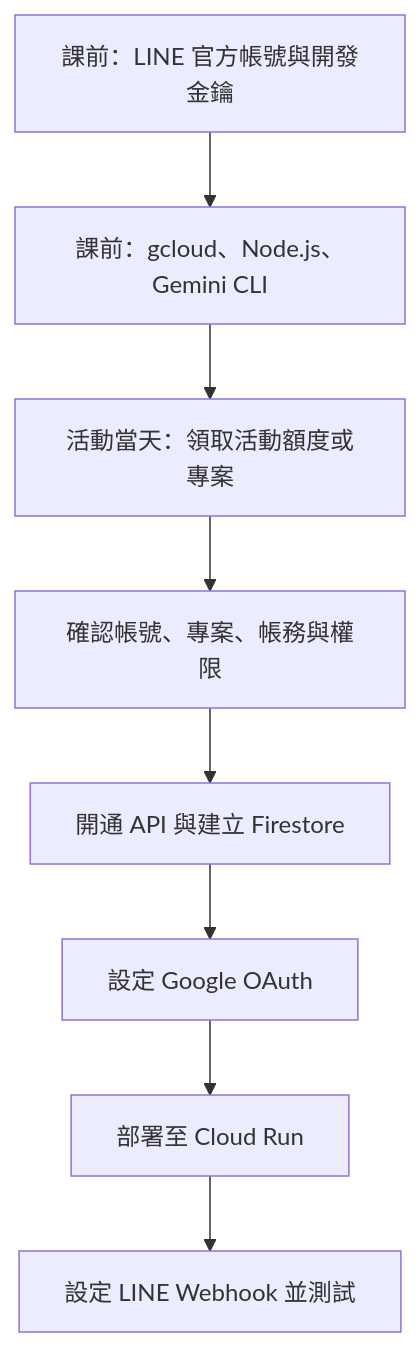
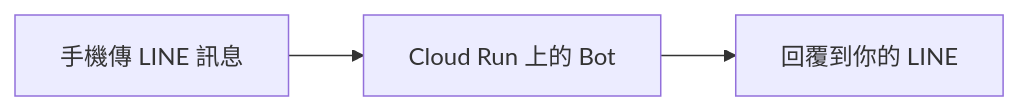
One commit to zonawang/line-bot-course changed the diagram in README.md. Above: the diagram before and after it, drawn with Mermaid. The commit also changed other lines of this file and 17 other files, not shown here.

Commit message:
Simplify workshop to a 90-minute working LINE Bot

````diff
--- a/README.md
+++ b/README.md
@@ -20,10 +35,5 @@
 ```mermaid
-flowchart TD
-    A[課前：LINE 官方帳號與開發金鑰] --> B[課前：gcloud、Node.js、Gemini CLI]
-    B --> C[活動當天：領取活動額度或專案]
-    C --> D[確認帳號、專案、帳務與權限]
-    D --> E[開通 API 與建立 Firestore]
-    E --> F[設定 Google OAuth]
-    F --> G[部署至 Cloud Run]
-    G --> H[設定 LINE Webhook 並測試]
+flowchart LR
+    A[手機傳 LINE 訊息] --> B[Cloud Run 上的 Bot]
+    B --> C[回覆到你的 LINE]
 ```
````
